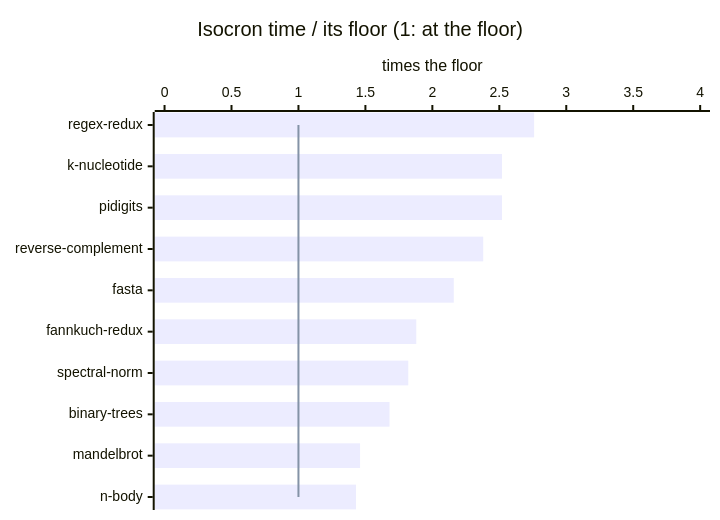
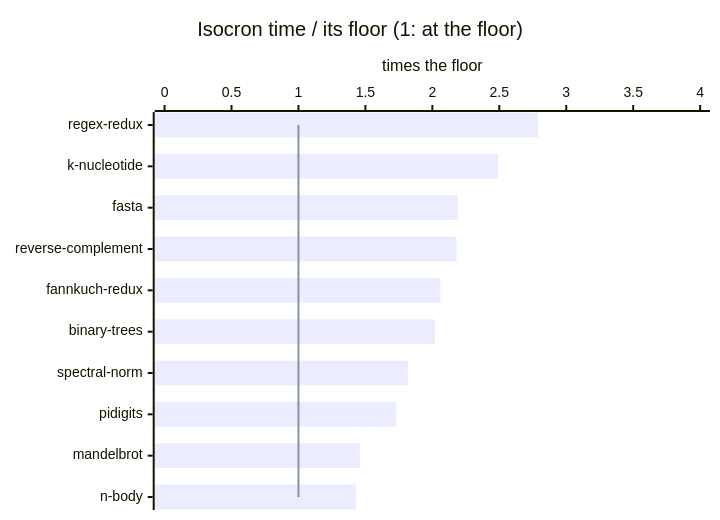
One commit to jbillard/isocron changed the diagram in results/floors.md. Above: the diagram before and after it, drawn with Mermaid. The commit also changed other lines of this file and 7 other files, not shown here.

````diff
--- a/results/floors.md
+++ b/results/floors.md
@@ -36,8 +36,8 @@
 ```mermaid
 xychart-beta horizontal
     title "Isocron time / its floor (1: at the floor)"
-    x-axis ["regex-redux", "k-nucleotide", "pidigits", "reverse-complement", "fasta", "fannkuch-redux", "spectral-norm", "binary-trees", "mandelbrot", "n-body"]
+    x-axis ["regex-redux", "k-nucleotide", "fasta", "reverse-complement", "fannkuch-redux", "binary-trees", "spectral-norm", "pidigits", "mandelbrot", "n-body"]
     y-axis "times the floor" 0 --> 4
-    bar [2.76, 2.52, 2.52, 2.38, 2.16, 1.88, 1.82, 1.68, 1.46, 1.43]
+    bar [2.79, 2.49, 2.19, 2.18, 2.06, 2.02, 1.82, 1.73, 1.46, 1.43]
     line [1.00, 1.00, 1.00, 1.00, 1.00, 1.00, 1.00, 1.00, 1.00, 1.00]
 ```
````
